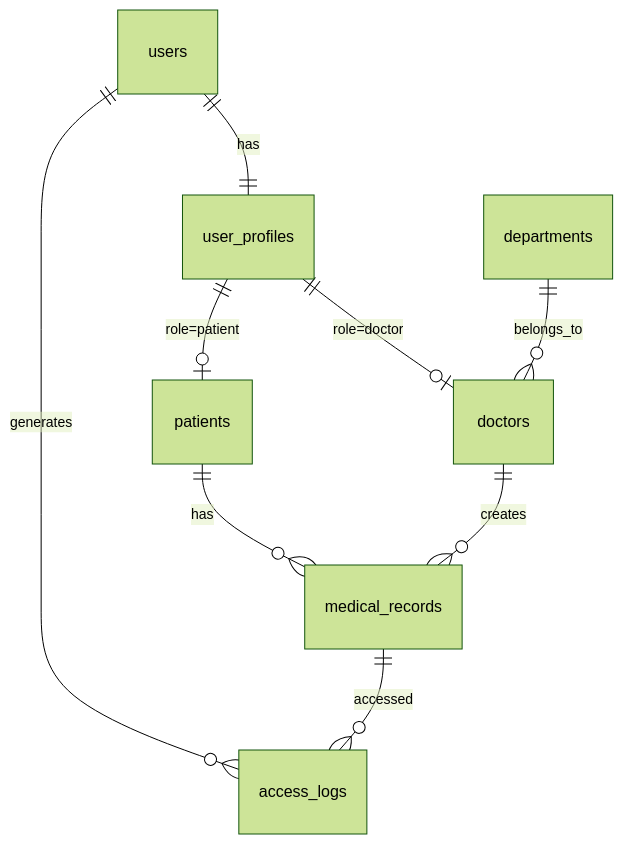
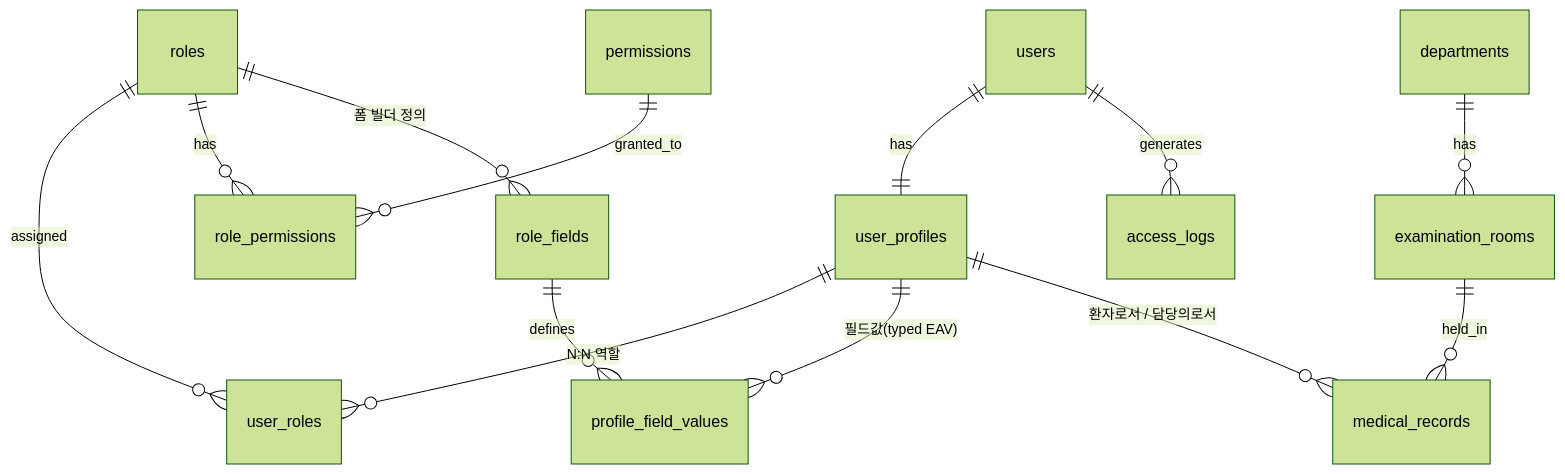
The diagram in README.md (slur16105/hospital-record-viewer), drawn with Mermaid (forest theme) before and after one commit. The commit also changed other lines of this file and 9 other files, not shown here.

````diff
--- a/README.md
+++ b/README.md
@@ -69,11 +86,15 @@
 ```mermaid
 erDiagram
     users ||--|| user_profiles : has
-    user_profiles ||--o| doctors : "role=doctor"
-    user_profiles ||--o| patients : "role=patient"
-    departments ||--o{ doctors : belongs_to
-    patients ||--o{ medical_records : has
-    doctors ||--o{ medical_records : creates
+    user_profiles ||--o{ user_roles : "N:N 역할"
+    roles ||--o{ user_roles : assigned
+    roles ||--o{ role_permissions : has
+    permissions ||--o{ role_permissions : granted_to
+    roles ||--o{ role_fields : "폼 빌더 정의"
+    user_profiles ||--o{ profile_field_values : "필드값(typed EAV)"
+    role_fields ||--o{ profile_field_values : defines
+    departments ||--o{ examination_rooms : has
+    user_profiles ||--o{ medical_records : "환자로서 / 담당의로서"
+    examination_rooms ||--o{ medical_records : held_in
     users ||--o{ access_logs : generates
-    medical_records ||--o{ access_logs : accessed
 ```
````
